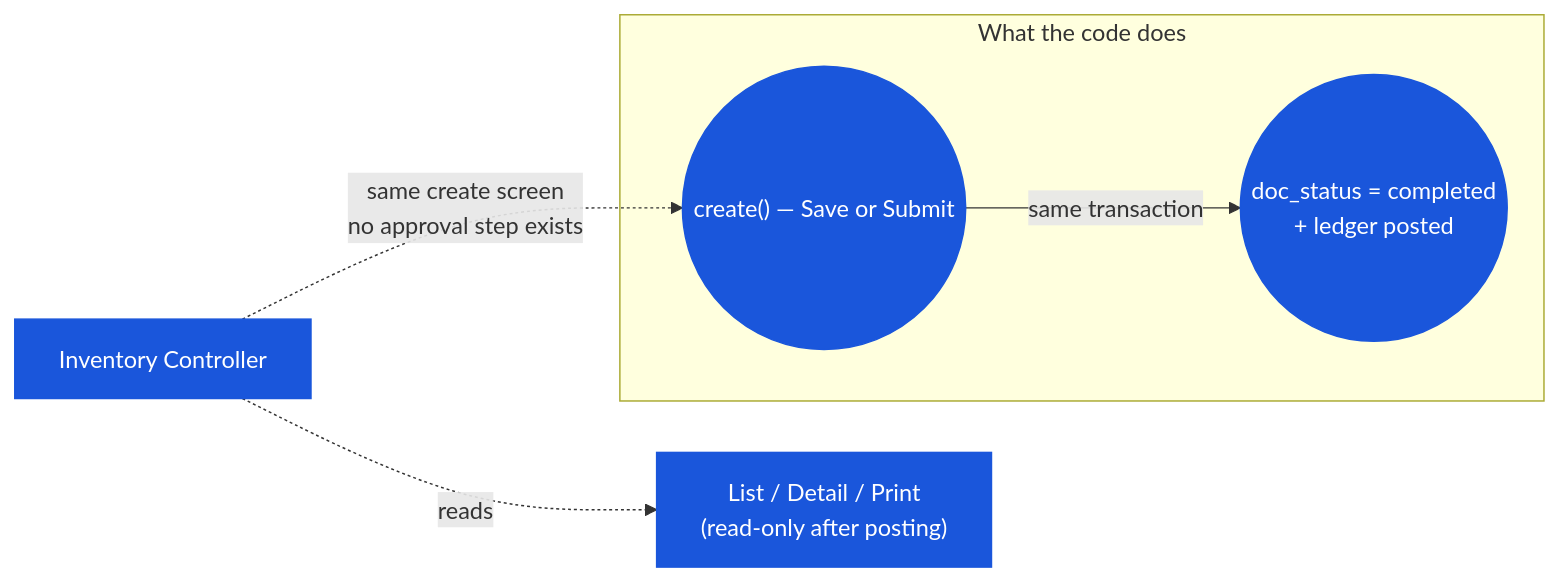
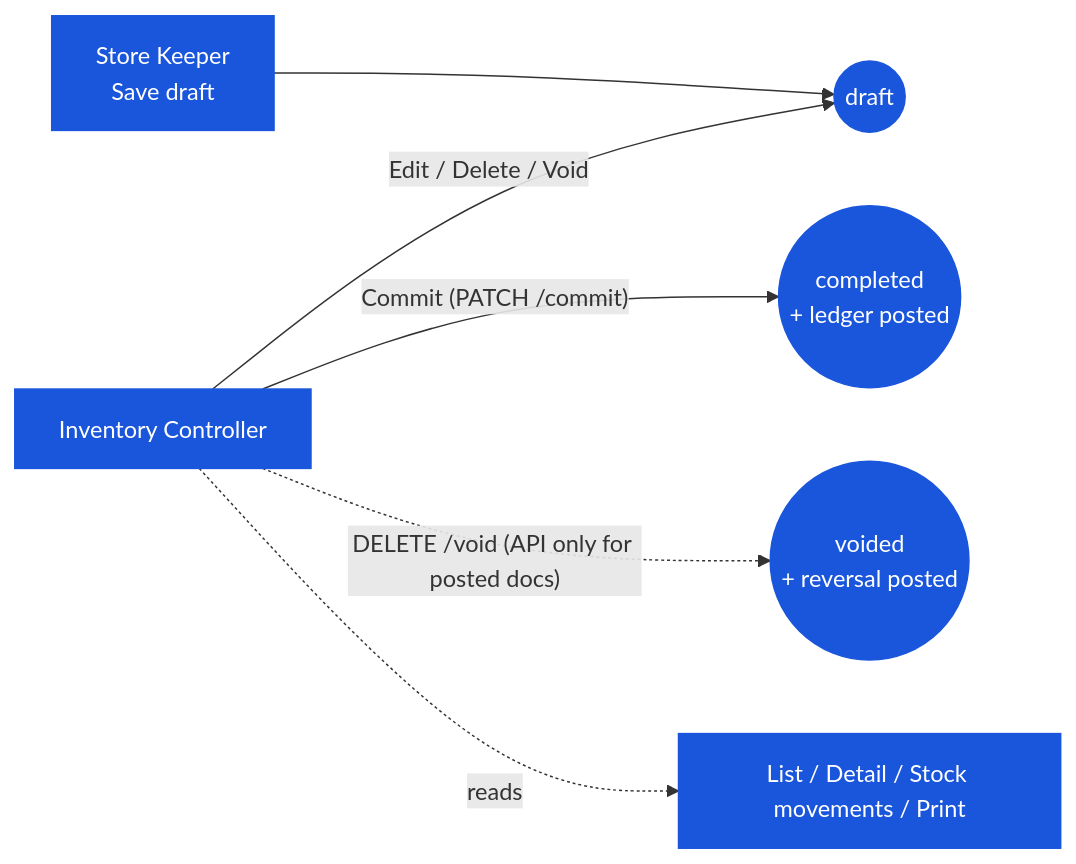
One commit to CarmenSoftware-organization/carmen-wiki changed the diagram in en/inventory/inventory-adjustment/03-user-flow-inventory-controller.md. Above: the diagram before and after it, drawn with Mermaid. The commit also changed other lines of this file and 48 other files, not shown here.

````diff
--- a/en/inventory/inventory-adjustment/03-user-flow-inventory-controller.md
+++ b/en/inventory/inventory-adjustment/03-user-flow-inventory-controller.md
@@ -19,9 +19,9 @@
 ```mermaid
 graph LR
-    subgraph reality["What the code does"]
-        create(("create() — Save or Submit")):::current -->|"same transaction"| posted(("doc_status = completed\n+ ledger posted")):::current
-    end
-    ic["Inventory Controller"]:::current -.->|"same create screen\nno approval step exists"| create
-    ic -.->|"reads"| list["List / Detail / Print\n(read-only after posting)"]:::current
+    sk["Store Keeper\nSave draft"]:::current --> draft(("draft")):::current
+    ic["Inventory Controller"]:::current -->|"Edit / Delete / Void"| draft
+    ic -->|"Commit (PATCH /commit)"| posted(("completed\n+ ledger posted")):::current
+    ic -.->|"DELETE /void (API only for posted docs)"| voided(("voided\n+ reversal posted")):::current
+    ic -.->|"reads"| views["List / Detail / Stock movements / Print"]:::current
     classDef current fill:#1a56db,color:#fff,stroke:#1a56db;
 ```
````
